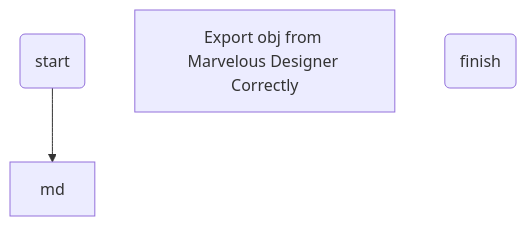
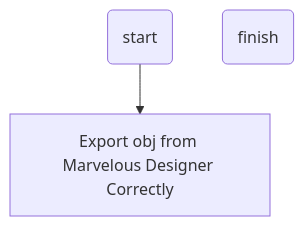
Before and after one commit to Navix647/Unreal_World: the diagram in Zbrush.md, drawn with Mermaid. The commit also changed other lines of this file, not shown here.

````diff
--- a/Zbrush.md
+++ b/Zbrush.md
@@ -4,9 +4,10 @@
 ```mermaid
 flowchart
 	st(start)
 	mdexport[Export obj from Marvelous Designer Correctly]
 	ed(finish)
-	st-->md
+	st-->mdexport
+	
 
 
 ```
````
